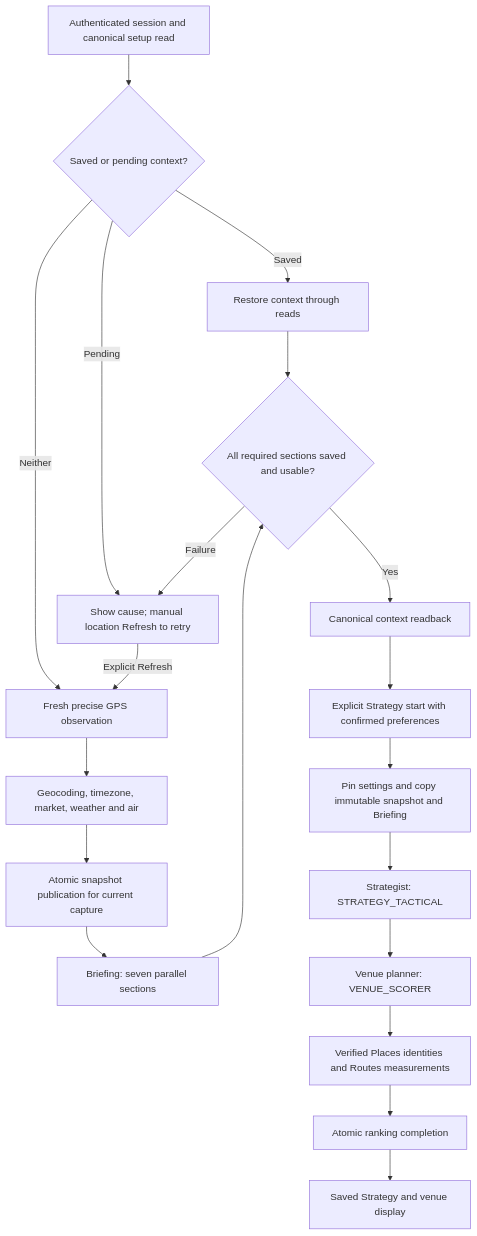
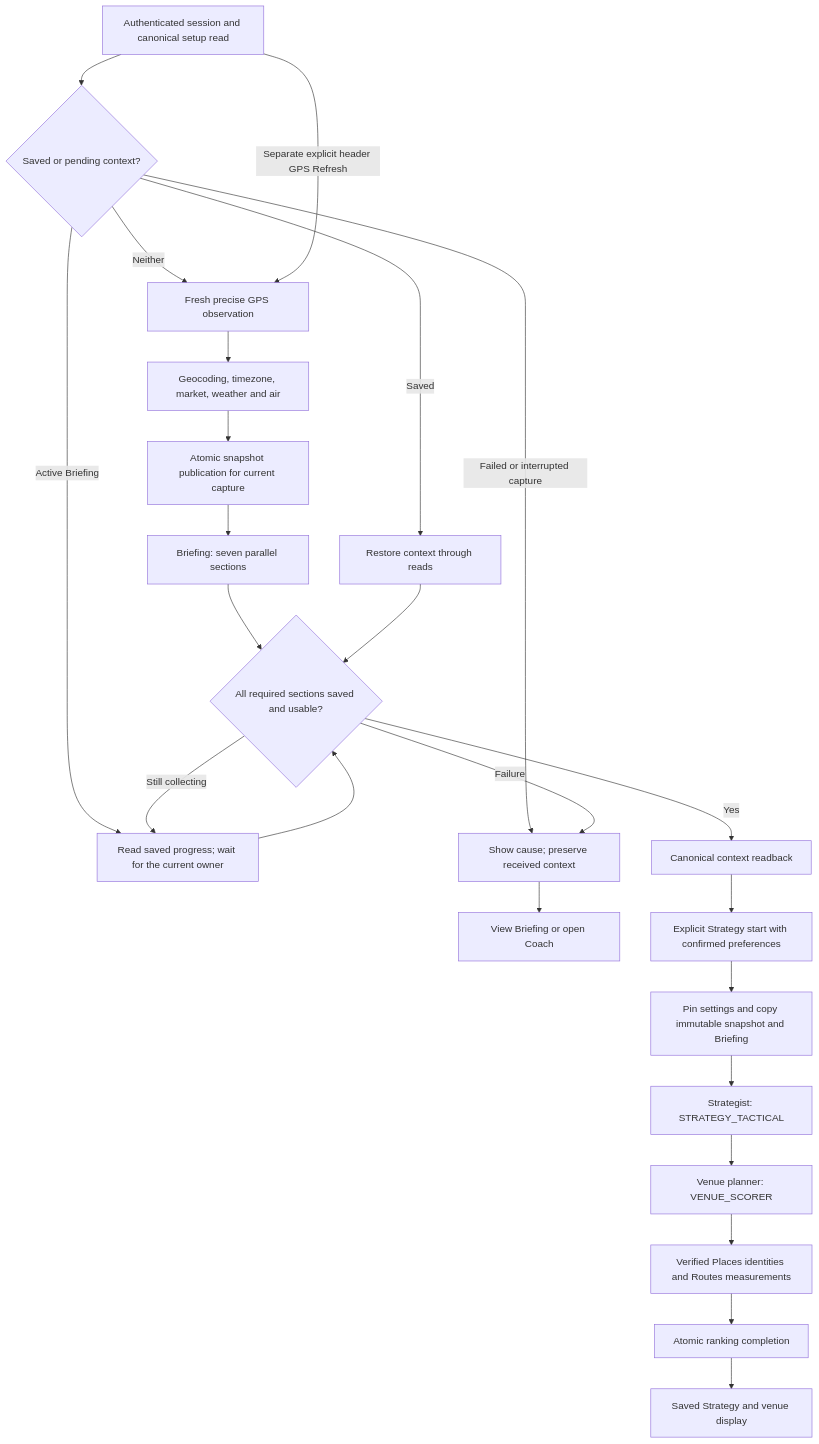
One commit to melodydashora/Vecto-Pilot changed the diagram in docs/architecture/ai-pipeline.md. Above: the diagram before and after it, drawn with Mermaid. The commit also changed other lines of this file and 43 other files, not shown here.

Commit message:
Stream verified Events and preserve Briefing progress

````diff
--- a/docs/architecture/ai-pipeline.md
+++ b/docs/architecture/ai-pipeline.md
@@ -11,22 +11,26 @@
 ```mermaid
 flowchart TD
   A[Authenticated session and canonical setup read] --> B{Saved or pending context?}
   B -->|Saved| R[Restore context through reads]
-  B -->|Pending| X[Show cause; manual location Refresh to retry]
+  B -->|Active Briefing| W[Read saved progress; wait for the current owner]
+  B -->|Failed or interrupted capture| X[Show cause; preserve received context]
   B -->|Neither| D[Fresh precise GPS observation]
-  X -->|Explicit Refresh| D
+  X --> V[View Briefing or open Coach]
+  A -->|Separate explicit header GPS Refresh| D
   D --> E[Geocoding, timezone, market, weather and air]
   E --> F[Atomic snapshot publication for current capture]
   F --> G[Briefing: seven parallel sections]
   G --> H{All required sections saved and usable?}
   H -->|Yes| Q[Canonical context readback]
+  H -->|Still collecting| W
   H -->|Failure| X
+  W --> H
   R --> H
   Q --> C[Explicit Strategy start with confirmed preferences]
   C --> N[Pin settings and copy immutable snapshot and Briefing]
   N --> I[Strategist: STRATEGY_TACTICAL]
   I --> J[Venue planner: VENUE_SCORER]
   J --> K[Verified Places identities and Routes measurements]
   K --> L[Atomic ranking completion]
   L --> M[Saved Strategy and venue display]
 ```
````
